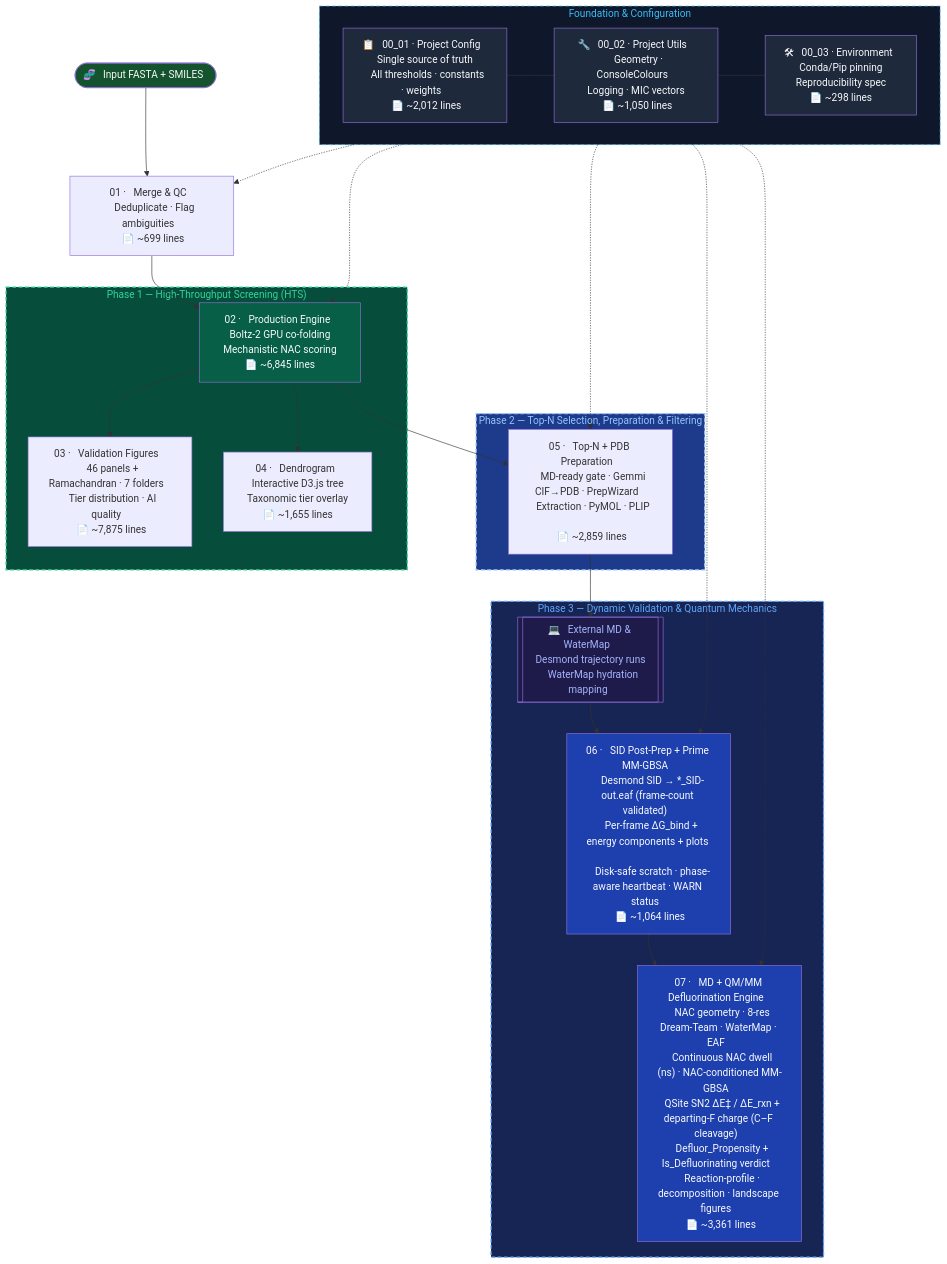
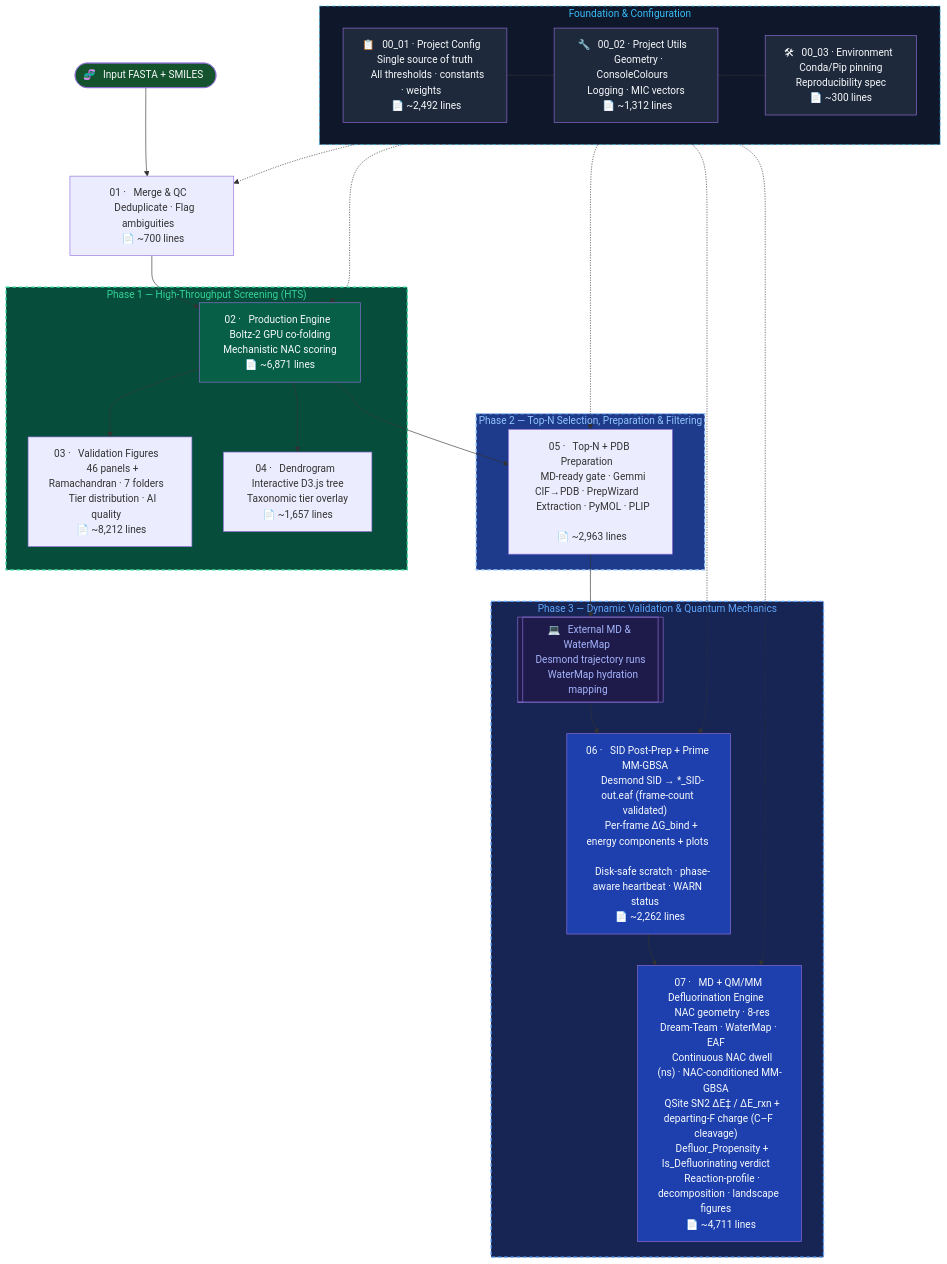
Before and after one commit to KU-MGB/DeFluorX: the diagram in README.md, drawn with Mermaid. The commit also changed 1 other file, not shown here.

````diff
--- a/README.md
+++ b/README.md
@@ -190,56 +190,56 @@
 ```mermaid
 flowchart TD
     subgraph FOUNDATION["  Foundation & Configuration  "]
-        CFG["📋 &nbsp; 00_01 · Project Config &nbsp; \n &nbsp; Single source of truth &nbsp; \n &nbsp; All thresholds · constants · weights &nbsp; \n &nbsp; 📄 ~2,012 lines &nbsp; "]
-        UTL["🔧 &nbsp; 00_02 · Project Utils &nbsp; \n &nbsp; Geometry · ConsoleColours &nbsp; \n &nbsp; Logging · MIC vectors &nbsp; \n &nbsp; 📄 ~1,050 lines &nbsp; "]
-        ENV["🛠 &nbsp; 00_03 · Environment &nbsp; \n &nbsp; Conda/Pip pinning &nbsp; \n &nbsp; Reproducibility spec &nbsp; \n &nbsp; 📄 ~298 lines &nbsp; "]
+        CFG["📋 &nbsp; 00_01 · Project Config &nbsp; \n &nbsp; Single source of truth &nbsp; \n &nbsp; All thresholds · constants · weights &nbsp; \n &nbsp; 📄 ~2,492 lines &nbsp; "]
+        UTL["🔧 &nbsp; 00_02 · Project Utils &nbsp; \n &nbsp; Geometry · ConsoleColours &nbsp; \n &nbsp; Logging · MIC vectors &nbsp; \n &nbsp; 📄 ~1,312 lines &nbsp; "]
+        ENV["🛠 &nbsp; 00_03 · Environment &nbsp; \n &nbsp; Conda/Pip pinning &nbsp; \n &nbsp; Reproducibility spec &nbsp; \n &nbsp; 📄 ~300 lines &nbsp; "]
         CFG --- UTL --- ENV
     end
 
     START(["🧬 &nbsp; Input FASTA + SMILES &nbsp;"]) --> M1
-    M1["01 · &nbsp; Merge & QC &nbsp; \n &nbsp; Deduplicate · Flag ambiguities &nbsp; \n &nbsp; 📄 ~699 lines &nbsp; "] --> M2
+    M1["01 · &nbsp; Merge & QC &nbsp; \n &nbsp; Deduplicate · Flag ambiguities &nbsp; \n &nbsp; 📄 ~700 lines &nbsp; "] --> M2
 
     subgraph PHASE1["  Phase 1 — High-Throughput Screening (HTS)  "]
-        M2["02 · &nbsp; Production Engine &nbsp; \n &nbsp; Boltz-2 GPU co-folding &nbsp; \n &nbsp; Mechanistic NAC scoring &nbsp; \n &nbsp; 📄 ~6,845 lines &nbsp; "]
-        M3["03 · &nbsp; Validation Figures &nbsp; \n &nbsp; 46 panels + Ramachandran · 7 folders &nbsp; \n &nbsp; Tier distribution · AI quality &nbsp; \n &nbsp; 📄 ~7,875 lines &nbsp; "]
-        M4["04 · &nbsp; Dendrogram &nbsp; \n &nbsp; Interactive D3.js tree &nbsp; \n &nbsp; Taxonomic tier overlay &nbsp; \n &nbsp; 📄 ~1,655 lines &nbsp; "]
+        M2["02 · &nbsp; Production Engine &nbsp; \n &nbsp; Boltz-2 GPU co-folding &nbsp; \n &nbsp; Mechanistic NAC scoring &nbsp; \n &nbsp; 📄 ~6,871 lines &nbsp; "]
+        M3["03 · &nbsp; Validation Figures &nbsp; \n &nbsp; 46 panels + Ramachandran · 7 folders &nbsp; \n &nbsp; Tier distribution · AI quality &nbsp; \n &nbsp; 📄 ~8,212 lines &nbsp; "]
+        M4["04 · &nbsp; Dendrogram &nbsp; \n &nbsp; Interactive D3.js tree &nbsp; \n &nbsp; Taxonomic tier overlay &nbsp; \n &nbsp; 📄 ~1,657 lines &nbsp; "]
         M2 --> M3
         M2 --> M4
     end
 
     M2 --> M5
 
     subgraph PHASE2["  Phase 2 — Top-N Selection, Preparation & Filtering  "]
-        M5["05 · &nbsp; Top-N + PDB Preparation &nbsp; \n &nbsp; MD-ready gate · Gemmi CIF→PDB · PrepWizard &nbsp; \n &nbsp; Extraction · PyMOL · PLIP &nbsp; \n &nbsp; 📄 ~2,859 lines &nbsp; "]
+        M5["05 · &nbsp; Top-N + PDB Preparation &nbsp; \n &nbsp; MD-ready gate · Gemmi CIF→PDB · PrepWizard &nbsp; \n &nbsp; Extraction · PyMOL · PLIP &nbsp; \n &nbsp; 📄 ~2,963 lines &nbsp; "]
     end
 
     M5 --> EXT_MD
 
     subgraph PHASE3["  Phase 3 — Dynamic Validation & Quantum Mechanics  "]
         EXT_MD[["💻 &nbsp; External MD & WaterMap &nbsp; \n &nbsp; Desmond trajectory runs &nbsp; \n &nbsp; WaterMap hydration mapping &nbsp;"]]
-        M6["06 · &nbsp; SID Post-Prep + Prime MM-GBSA &nbsp; \n &nbsp; Desmond SID → *_SID-out.eaf (frame-count validated) &nbsp; \n &nbsp; Per-frame ΔG_bind + energy components + plots &nbsp; \n &nbsp; Disk-safe scratch · phase-aware heartbeat · WARN status &nbsp; \n &nbsp; 📄 ~1,064 lines &nbsp; "]
-        M7["07 · &nbsp; MD + QM/MM Defluorination Engine &nbsp; \n &nbsp; NAC geometry · 8-res Dream-Team · WaterMap · EAF &nbsp; \n &nbsp; Continuous NAC dwell (ns) · NAC-conditioned MM-GBSA &nbsp; \n &nbsp; QSite SN2 ΔE‡ / ΔE_rxn + departing-F charge (C–F cleavage) &nbsp; \n &nbsp; Defluor_Propensity + Is_Defluorinating verdict &nbsp; \n &nbsp; Reaction-profile · decomposition · landscape figures &nbsp; \n &nbsp; 📄 ~3,361 lines &nbsp; "]
+        M6["06 · &nbsp; SID Post-Prep + Prime MM-GBSA &nbsp; \n &nbsp; Desmond SID → *_SID-out.eaf (frame-count validated) &nbsp; \n &nbsp; Per-frame ΔG_bind + energy components + plots &nbsp; \n &nbsp; Disk-safe scratch · phase-aware heartbeat · WARN status &nbsp; \n &nbsp; 📄 ~2,262 lines &nbsp; "]
+        M7["07 · &nbsp; MD + QM/MM Defluorination Engine &nbsp; \n &nbsp; NAC geometry · 8-res Dream-Team · WaterMap · EAF &nbsp; \n &nbsp; Continuous NAC dwell (ns) · NAC-conditioned MM-GBSA &nbsp; \n &nbsp; QSite SN2 ΔE‡ / ΔE_rxn + departing-F charge (C–F cleavage) &nbsp; \n &nbsp; Defluor_Propensity + Is_Defluorinating verdict &nbsp; \n &nbsp; Reaction-profile · decomposition · landscape figures &nbsp; \n &nbsp; 📄 ~4,711 lines &nbsp; "]
         EXT_MD --> M6 --> M7
     end
 
     %% Dependencies
     FOUNDATION -.-> M1
     FOUNDATION -.-> M2
     FOUNDATION -.-> M5
     FOUNDATION -.-> M6
     FOUNDATION -.-> M7
 
     style FOUNDATION fill:#0f172a,color:#38bdf8,stroke:#38bdf8
     style CFG fill:#1e293b,color:#f8fafc
     style UTL fill:#1e293b,color:#f8fafc
     style ENV fill:#1e293b,color:#f8fafc
     style PHASE1 fill:#064e3b,color:#34d399,stroke:#34d399,stroke-width:2px,stroke-dasharray: 6 4
     style PHASE2 fill:#1e3a8a,color:#93c5fd,stroke:#93c5fd,stroke-width:2px,stroke-dasharray: 6 4
     style PHASE3 fill:#172554,color:#60a5fa,stroke:#60a5fa,stroke-width:2px,stroke-dasharray: 6 4
     style FOUNDATION stroke-dasharray: 6 4
     style M2 fill:#065f46,color:#f8fafc
     style M6 fill:#1e40af,color:#f8fafc
     style M7 fill:#1e40af,color:#f8fafc
     style START fill:#14532d,color:#f8fafc
     style EXT_MD fill:#1e1b4b,color:#a5b4fc
 ```
````
